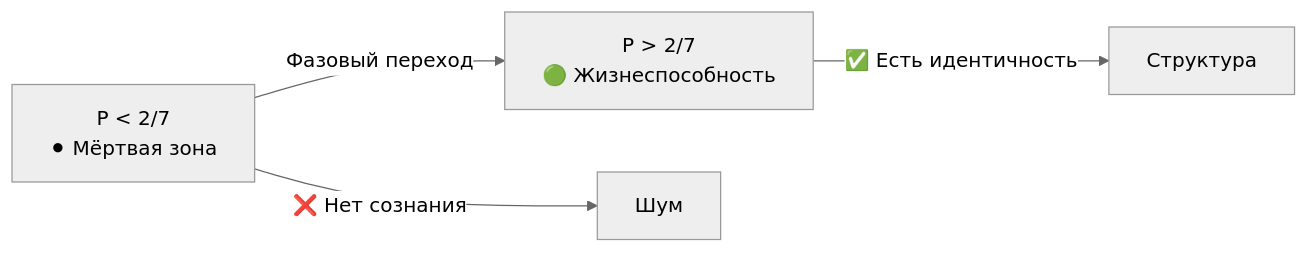
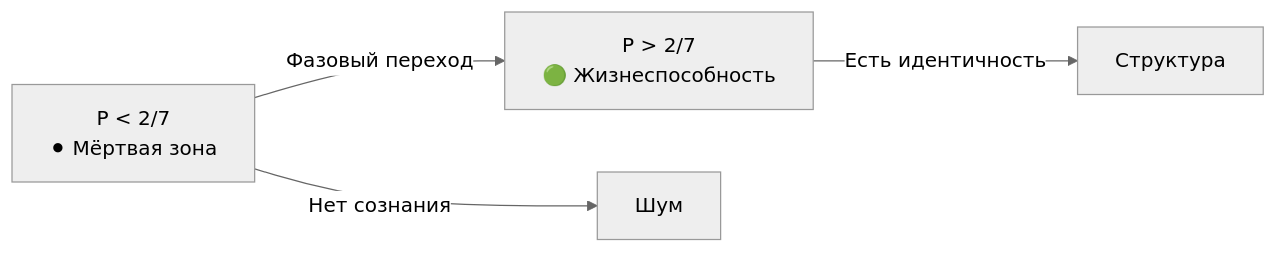
One commit to uhm-theory/holon changed the first of 3 diagrams in website/docs/applied/research/engineering-insights.md. Above: the diagram before and after it, drawn with Mermaid (neutral theme). The commit also changed other lines of this file and 175 other files, not shown here.

````diff
--- a/website/docs/applied/research/engineering-insights.md
+++ b/website/docs/applied/research/engineering-insights.md
@@ -90,6 +90,6 @@
 ```mermaid
 graph LR
     A["P < 2/7<br/>⚫ Мёртвая зона"] -->|"Фазовый переход"| B["P > 2/7<br/>🟢 Жизнеспособность"]
-    A -->|"❌ Нет сознания"| C["Шум"]
-    B -->|"✅ Есть идентичность"| D["Структура"]
+    A -->|"Нет сознания"| C["Шум"]
+    B -->|"Есть идентичность"| D["Структура"]
 ```
````
